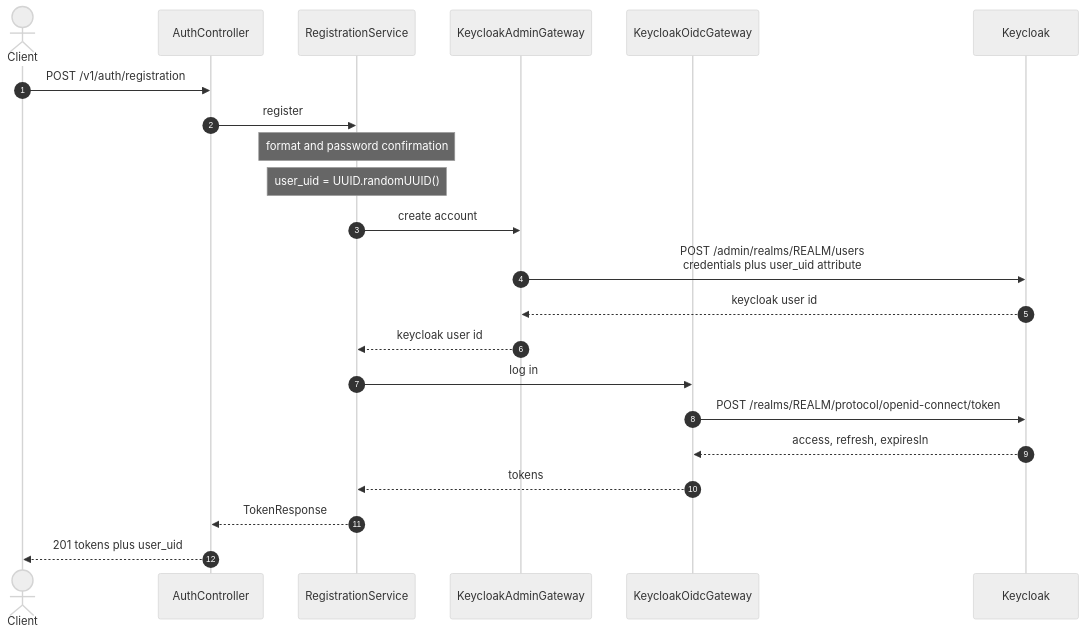
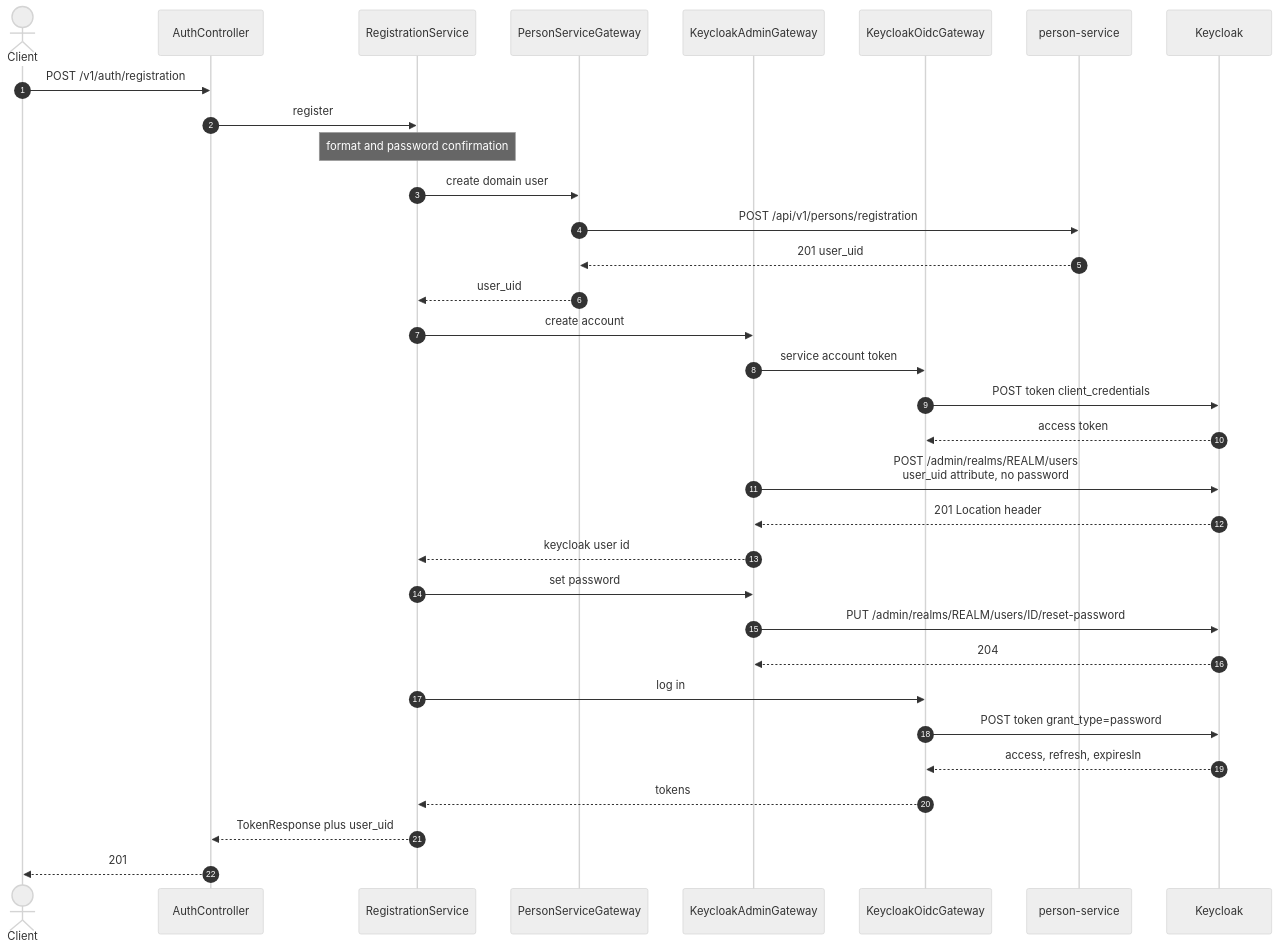
One commit to dezxxx/payment-platform changed the first of 4 diagrams in CONTEXT.md. Above: the diagram before and after it, drawn with Mermaid (neutral theme). The commit also changed other lines of this file and 2 other files, not shown here.

````diff
--- a/CONTEXT.md
+++ b/CONTEXT.md
@@ -327,25 +411,36 @@
 ```mermaid
 sequenceDiagram
     autonumber
     actor Client
     participant Ctl as AuthController
     participant Svc as RegistrationService
+    participant PGw as PersonServiceGateway
     participant AGw as KeycloakAdminGateway
     participant OGw as KeycloakOidcGateway
+    participant Ps as person-service
     participant Kc as Keycloak
 
     Client->>Ctl: POST /v1/auth/registration
     Ctl->>Svc: register
     Note over Svc: format and password confirmation
-    Note over Svc: user_uid = UUID.randomUUID()
+    Svc->>PGw: create domain user
+    PGw->>Ps: POST /api/v1/persons/registration
+    Ps-->>PGw: 201 user_uid
+    PGw-->>Svc: user_uid
     Svc->>AGw: create account
-    AGw->>Kc: POST /admin/realms/REALM/users<br/>credentials plus user_uid attribute
-    Kc-->>AGw: keycloak user id
+    AGw->>OGw: service account token
+    OGw->>Kc: POST token client_credentials
+    Kc-->>OGw: access token
+    AGw->>Kc: POST /admin/realms/REALM/users<br/>user_uid attribute, no password
+    Kc-->>AGw: 201 Location header
     AGw-->>Svc: keycloak user id
+    Svc->>AGw: set password
+    AGw->>Kc: PUT /admin/realms/REALM/users/ID/reset-password
+    Kc-->>AGw: 204
     Svc->>OGw: log in
-    OGw->>Kc: POST /realms/REALM/protocol/openid-connect/token
+    OGw->>Kc: POST token grant_type=password
     Kc-->>OGw: access, refresh, expiresIn
     OGw-->>Svc: tokens
-    Svc-->>Ctl: TokenResponse
-    Ctl-->>Client: 201 tokens plus user_uid
+    Svc-->>Ctl: TokenResponse plus user_uid
+    Ctl-->>Client: 201
 ```
````
